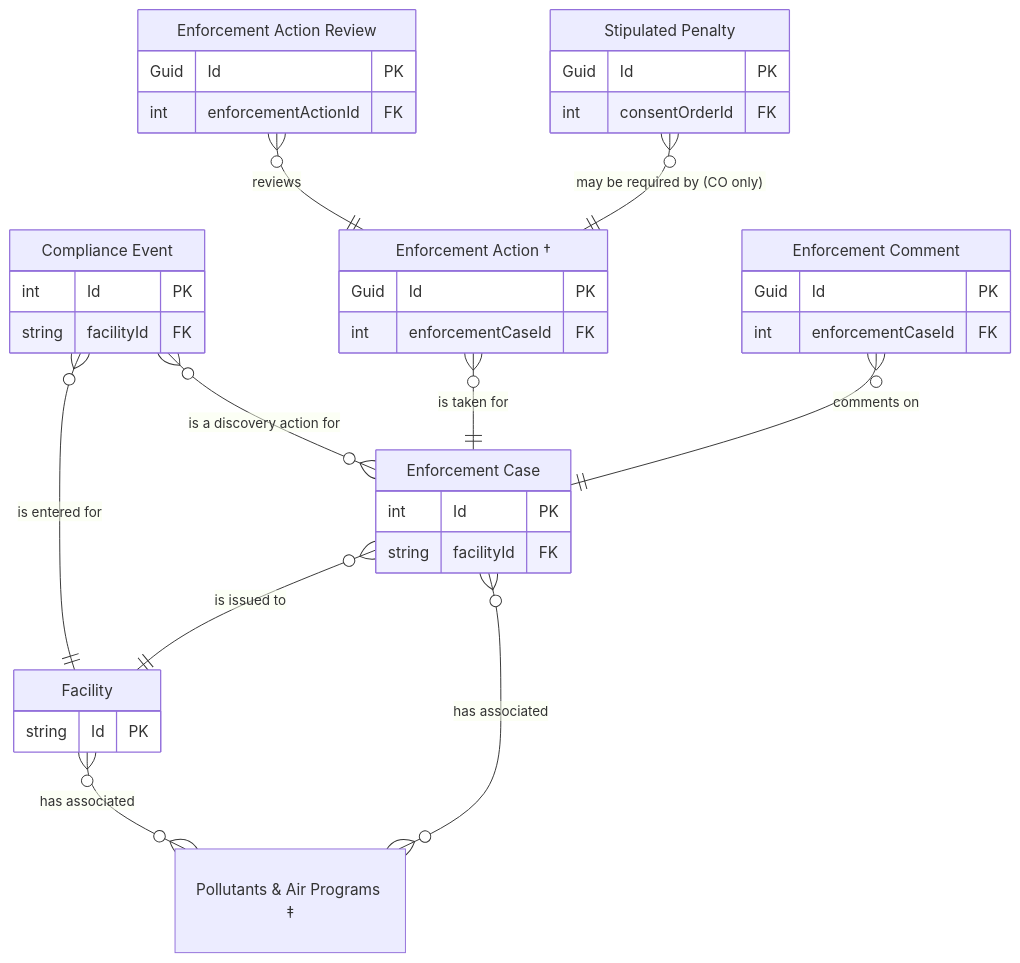
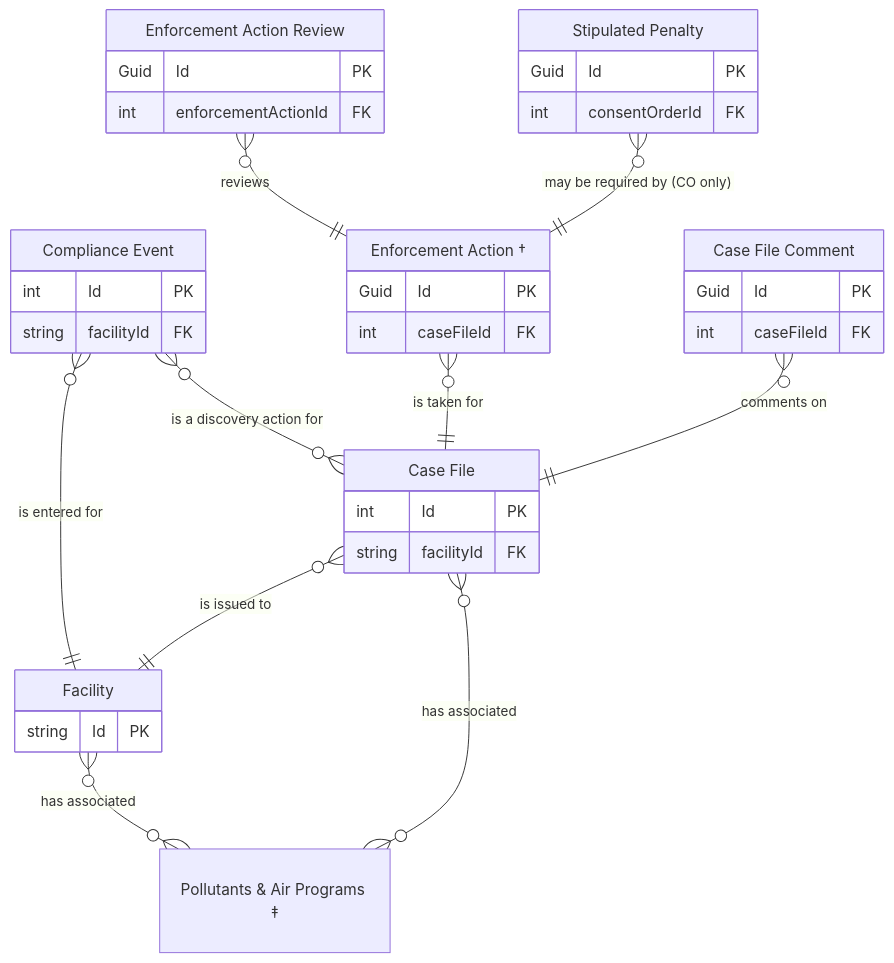
Before and after one commit to gaepdit/air-web: the first of 2 diagrams in docs/Data-entities/Enforcement-ERD.md, drawn with Mermaid. The commit also changed other lines of this file and 9 other files, not shown here.

````diff
--- a/docs/Data-entities/Enforcement-ERD.md
+++ b/docs/Data-entities/Enforcement-ERD.md
@@ -3,48 +3,48 @@
 ```mermaid
 erDiagram
     FAC["Facility"] {
         string Id PK
     }
 
     CWE["Compliance Event"] {
         int Id PK
         string facilityId FK
     }
 
-    ENF["Enforcement Case"] {
+    ENF["Case File"] {
         int Id PK
         string facilityId FK
     }
 
-    CTE["Enforcement Comment"] {
+    CTE["Case File Comment"] {
         Guid Id PK
-        int enforcementCaseId FK
+        int caseFileId FK
     }
 
     ACT["Enforcement Action †"] {
         Guid Id PK
-        int enforcementCaseId FK
+        int caseFileId FK
     }
 
     POL["Pollutants & Air Programs ‡"]
 
     REV["Enforcement Action Review"] {
         Guid Id PK
         int enforcementActionId FK
     }
 
     STP["Stipulated Penalty"] {
         Guid Id PK
         int consentOrderId FK
     }
 
     FAC }o--o{ POL: "has associated"
     ENF }o--o{ POL: "has associated"
     CWE }o--o{ ENF: "is a discovery action for"
     CWE }o--|| FAC: "is entered for"
     ACT }o--|| ENF: "is taken for"
     CTE }o--|| ENF: "comments on"
     ENF }o--|| FAC: "is issued to"
     REV }o--|| ACT: "reviews"
     STP }o--|| ACT: "may be required by (CO only)"
 ```
````
